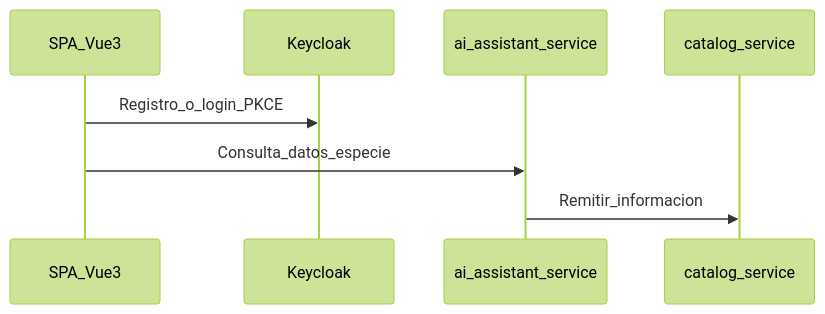
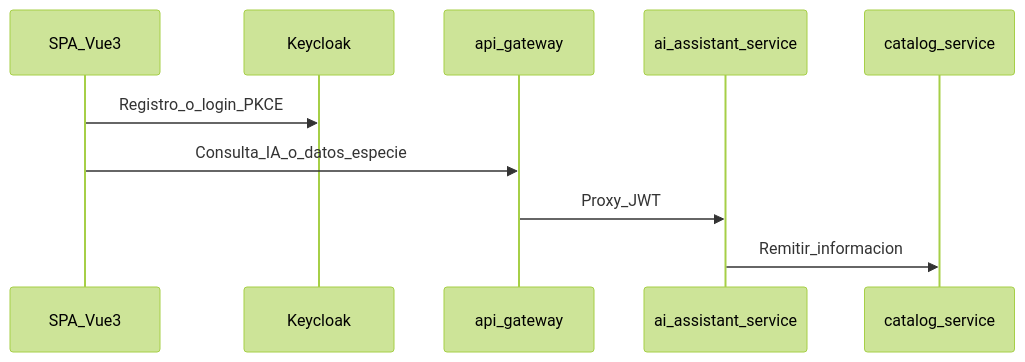
Before and after one commit to LIDR-academy/AI4Devs-finalproject: the fifth of 18 diagrams in readme.md, drawn with Mermaid (forest theme). The commit also changed other lines of this file and 319 other files, not shown here.

````diff
--- a/readme.md
+++ b/readme.md
@@ -217,10 +344,12 @@
 ```mermaid
 sequenceDiagram
   participant SPA as SPA_Vue3
   participant KC as Keycloak
+  participant GW as api_gateway
   participant AIS as ai_assistant_service
   participant CAT as catalog_service
   SPA->>KC: Registro_o_login_PKCE
-  SPA->>AIS: Consulta_datos_especie
+  SPA->>GW: Consulta_IA_o_datos_especie
+  GW->>AIS: Proxy_JWT
   AIS->>CAT: Remitir_informacion
 ```
````
